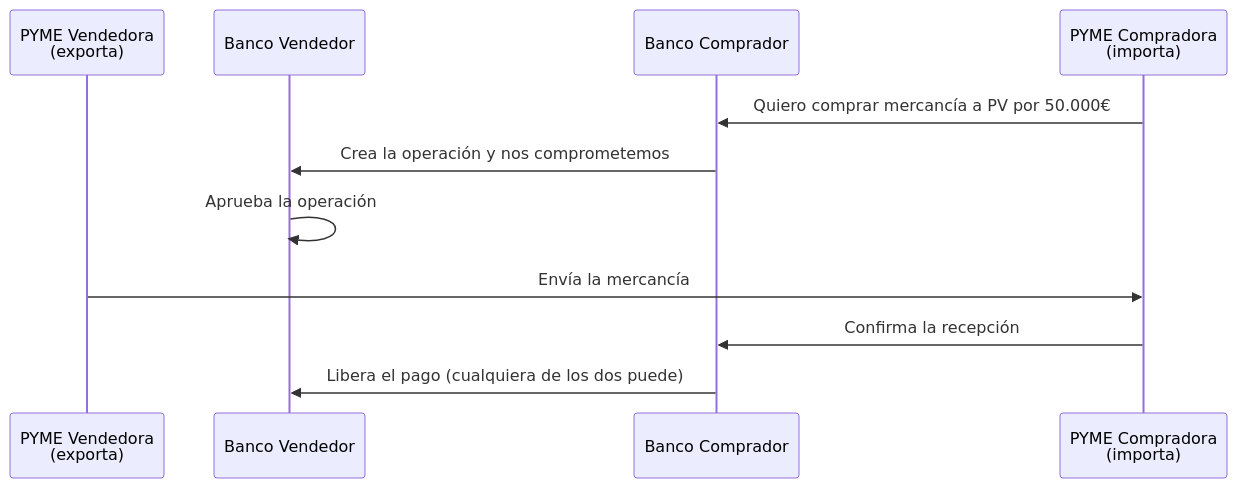
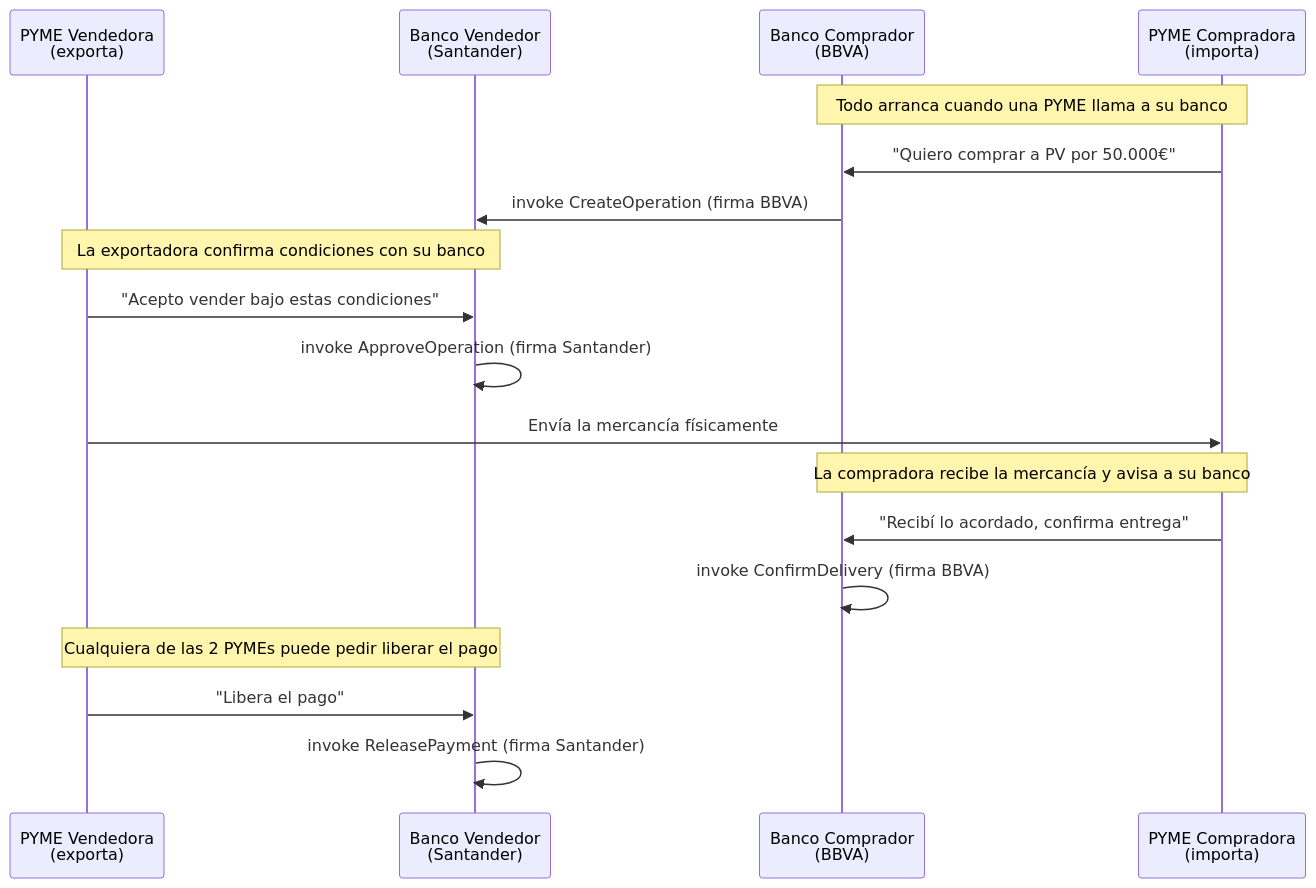
Before and after one commit to jjnieto/Curso-HLFabric: the first of 3 diagrams in Modulo-3/ejercicio-wetrade.md, drawn with Mermaid. The commit also changed other lines of this file and 1 other file, not shown here.

First line of the commit message:
Modulo-3 / wetrade: poner el foco en los clientes (PYMEs), no solo en los bancos

````diff
--- a/Modulo-3/ejercicio-wetrade.md
+++ b/Modulo-3/ejercicio-wetrade.md
@@ -17,14 +17,21 @@
 ```mermaid
 sequenceDiagram
     participant PV as PYME Vendedora<br/>(exporta)
-    participant BV as Banco Vendedor
-    participant BC as Banco Comprador
+    participant BV as Banco Vendedor<br/>(Santander)
+    participant BC as Banco Comprador<br/>(BBVA)
     participant PC as PYME Compradora<br/>(importa)
 
-    PC->>BC: Quiero comprar mercancía a PV por 50.000€
-    BC->>BV: Crea la operación y nos comprometemos
-    BV->>BV: Aprueba la operación
-    PV->>PC: Envía la mercancía
-    PC->>BC: Confirma la recepción
-    BC->>BV: Libera el pago (cualquiera de los dos puede)
+    Note over PC,BC: Todo arranca cuando una PYME llama a su banco
+    PC->>BC: "Quiero comprar a PV por 50.000€"
+    BC->>BV: invoke CreateOperation (firma BBVA)
+    Note over BV,PV: La exportadora confirma condiciones con su banco
+    PV->>BV: "Acepto vender bajo estas condiciones"
+    BV->>BV: invoke ApproveOperation (firma Santander)
+    PV->>PC: Envía la mercancía físicamente
+    Note over PC,BC: La compradora recibe la mercancía y avisa a su banco
+    PC->>BC: "Recibí lo acordado, confirma entrega"
+    BC->>BC: invoke ConfirmDelivery (firma BBVA)
+    Note over PV,BV: Cualquiera de las 2 PYMEs puede pedir liberar el pago
+    PV->>BV: "Libera el pago"
+    BV->>BV: invoke ReleasePayment (firma Santander)
 ```
````
